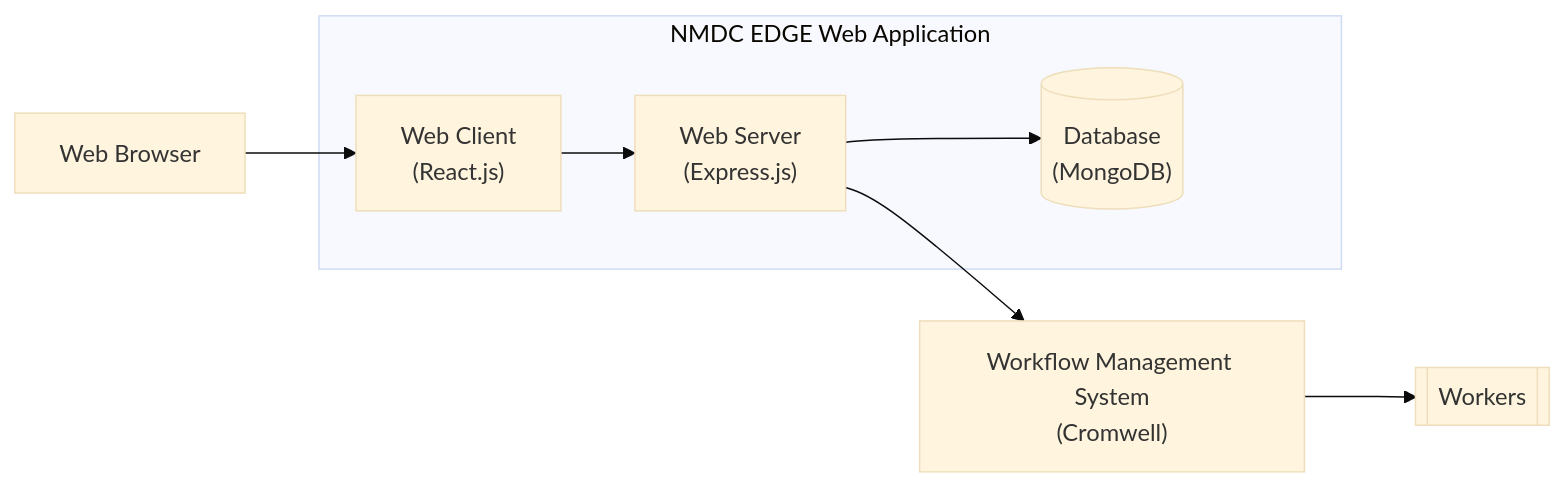
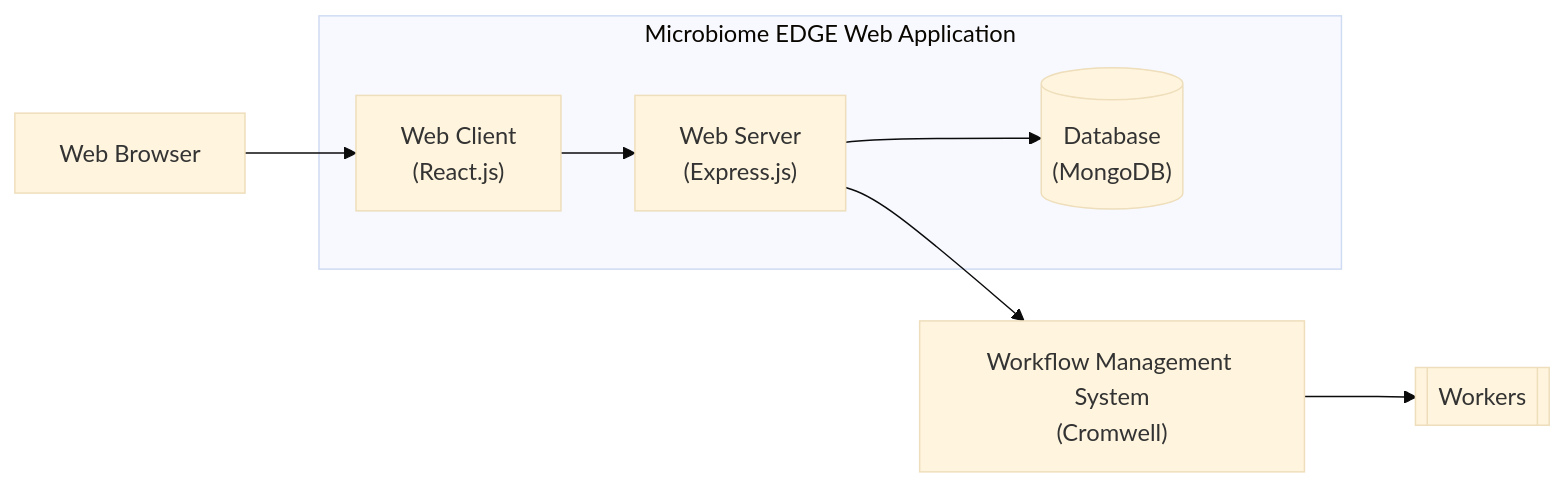
One commit to LANL-Bioinformatics/microbiome-edge changed the diagram in README.md. Above: the diagram before and after it, drawn with Mermaid (base theme). The commit also changed other lines of this file, not shown here.

First line of the commit message:
Rename NMDC EDGE to Microbiome EDGE in README

````diff
--- a/README.md
+++ b/README.md
@@ -37,21 +16,21 @@
 ```mermaid
 graph LR
     %% Nodes:
     user["Web Browser"]
     cromwell["Workflow Management System<br>(Cromwell)"]
     workers[["Workers"]]
     
-    subgraph "NMDC EDGE Web Application"
+    subgraph "Microbiome EDGE Web Application"
       %% Nodes:
       client["Web Client<br>(React.js)"]
       server["Web Server<br>(Express.js)"]
       db[("Database<br>(MongoDB)")]
     end
     
     %% Relationships:
     user --> client
     client --> server
     server --> db
     server --> cromwell
     cromwell --> workers
 ```
````
